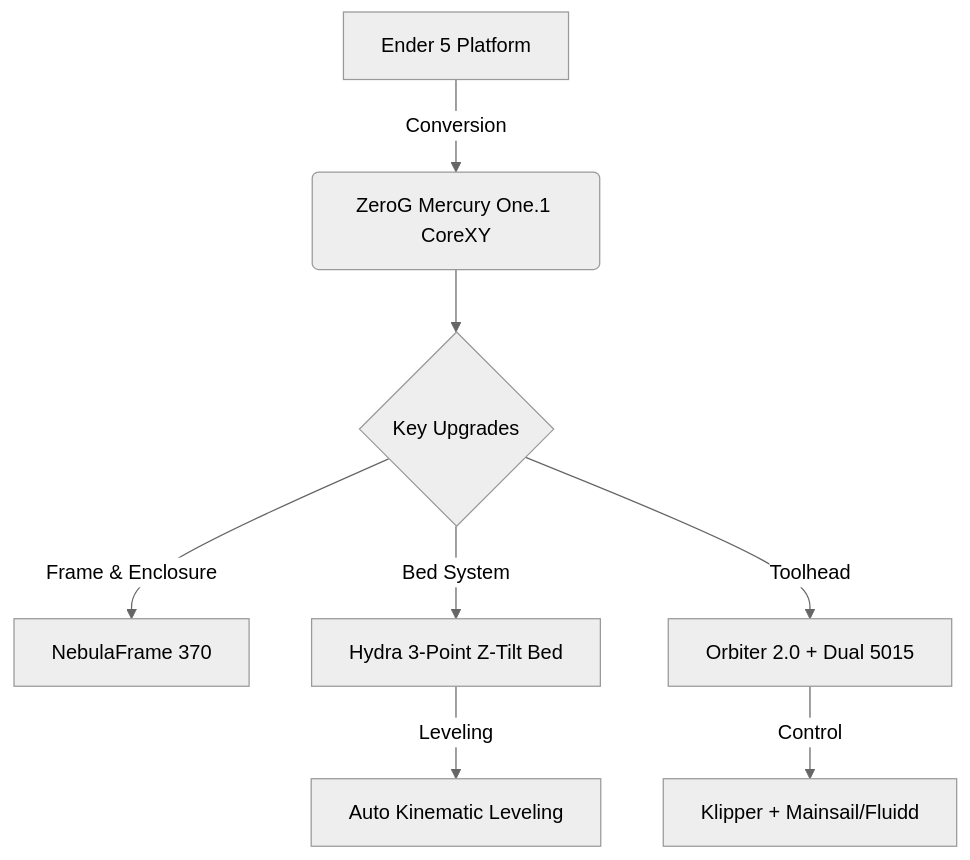
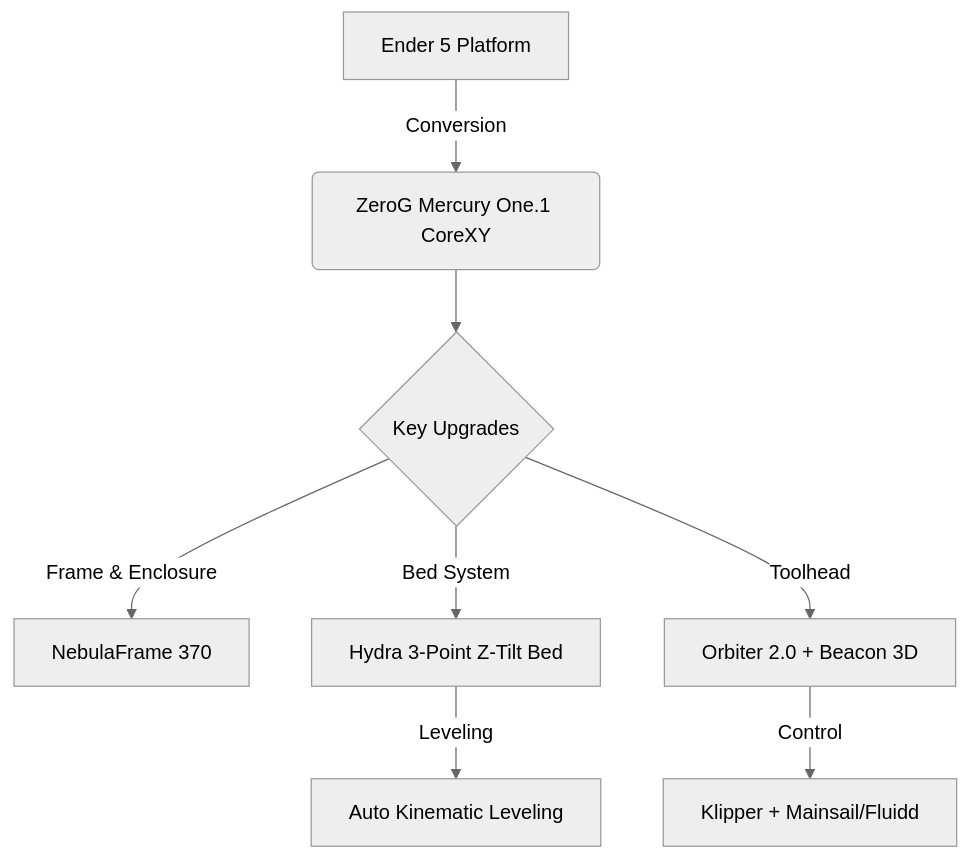
One commit to Icezaza2543/ZeroG-MercuryOne.1-With-NebulaFrame-370 changed the first of 2 diagrams in README.md. Above: the diagram before and after it, drawn with Mermaid (neutral theme). The commit also changed other lines of this file and 34 other files, not shown here.

````diff
--- a/README.md
+++ b/README.md
@@ -18,11 +29,11 @@
 ```mermaid
 graph TD
     A[Ender 5 Platform] -->|Conversion| B(ZeroG Mercury One.1 CoreXY)
     B --> C{Key Upgrades}
     C -->|Frame & Enclosure| D[NebulaFrame 370]
     C -->|Bed System| E[Hydra 3-Point Z-Tilt Bed]
-    C -->|Toolhead| F[Orbiter 2.0 + Dual 5015]
+    C -->|Toolhead| F[Orbiter 2.0 + Beacon 3D]
     
     E -->|Leveling| G[Auto Kinematic Leveling]
     F -->|Control| H[Klipper + Mainsail/Fluidd]
 ```
````
